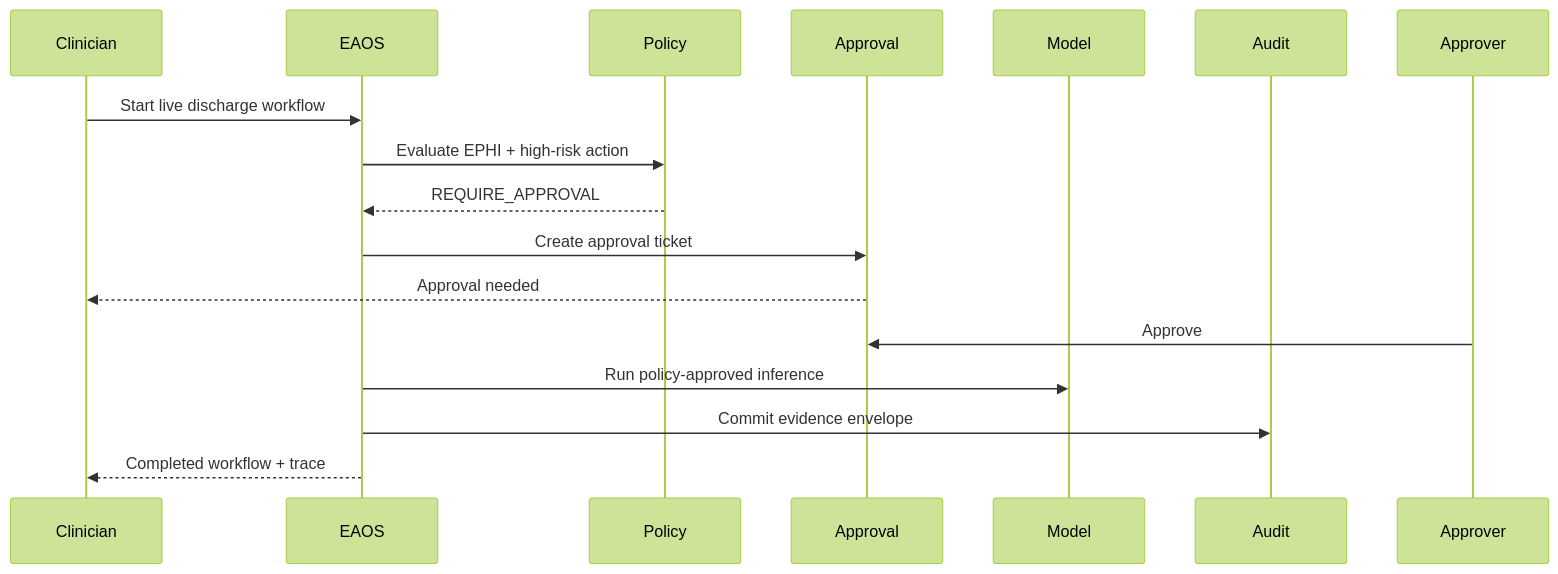
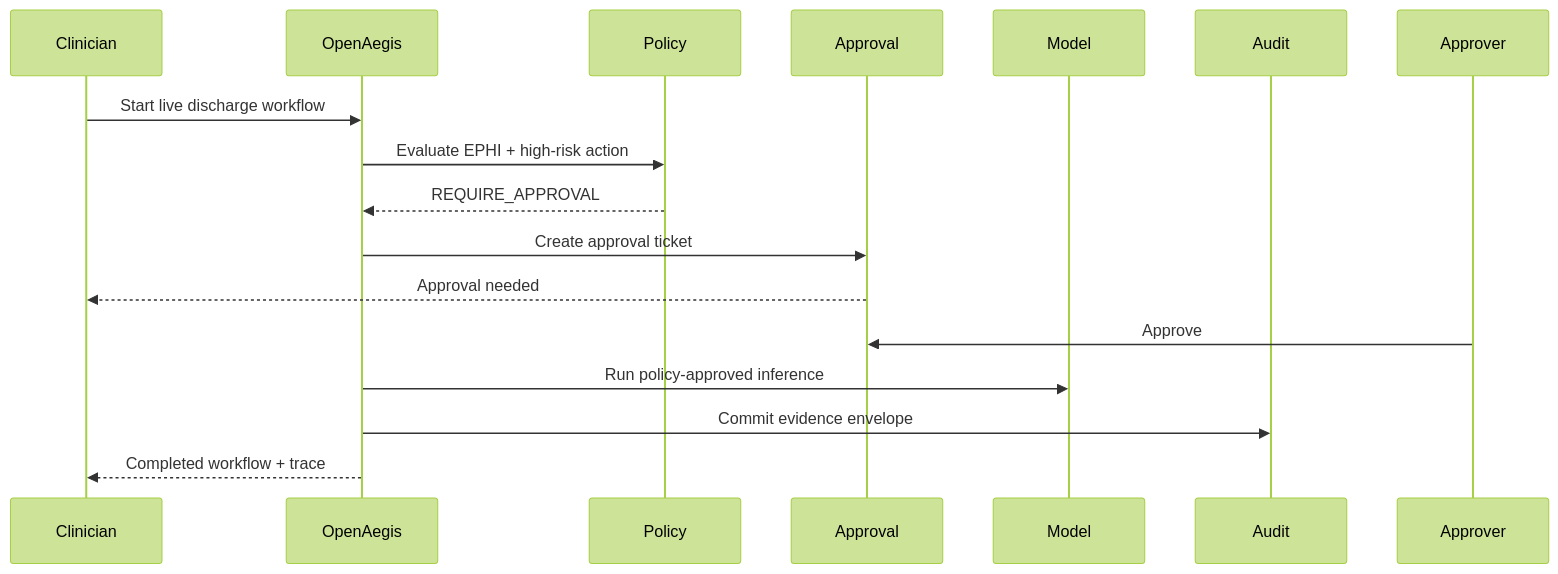
One commit to grumpystrongman/EAOS changed the diagram in docs/pilot/PILOT-RUNBOOK.md. Above: the diagram before and after it, drawn with Mermaid (forest theme). The commit also changed other lines of this file and 294 other files, not shown here.

Commit message:
chore: rebrand platform from EAOS to OpenAegis with new logo

````diff
--- a/docs/pilot/PILOT-RUNBOOK.md
+++ b/docs/pilot/PILOT-RUNBOOK.md
@@ -20,19 +20,19 @@
 ```mermaid
 sequenceDiagram
     participant Clinician
-    participant EAOS
+    participant OpenAegis
     participant Policy
     participant Approval
     participant Model
     participant Audit
 
-    Clinician->>EAOS: Start live discharge workflow
-    EAOS->>Policy: Evaluate EPHI + high-risk action
-    Policy-->>EAOS: REQUIRE_APPROVAL
-    EAOS->>Approval: Create approval ticket
+    Clinician->>OpenAegis: Start live discharge workflow
+    OpenAegis->>Policy: Evaluate EPHI + high-risk action
+    Policy-->>OpenAegis: REQUIRE_APPROVAL
+    OpenAegis->>Approval: Create approval ticket
     Approval-->>Clinician: Approval needed
     Approver->>Approval: Approve
-    EAOS->>Model: Run policy-approved inference
-    EAOS->>Audit: Commit evidence envelope
-    EAOS-->>Clinician: Completed workflow + trace
+    OpenAegis->>Model: Run policy-approved inference
+    OpenAegis->>Audit: Commit evidence envelope
+    OpenAegis-->>Clinician: Completed workflow + trace
 ```
````
